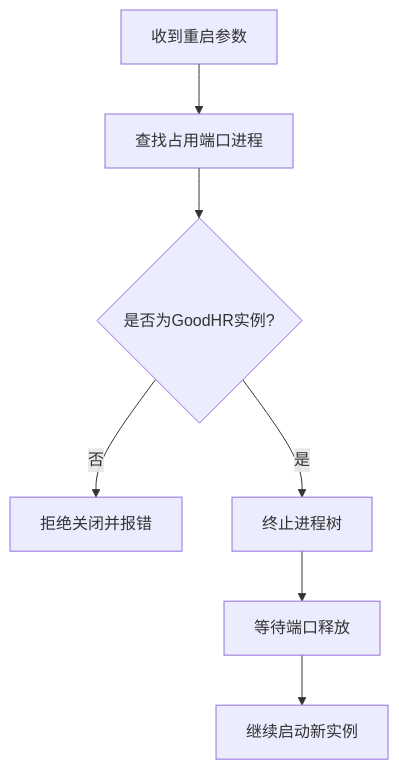
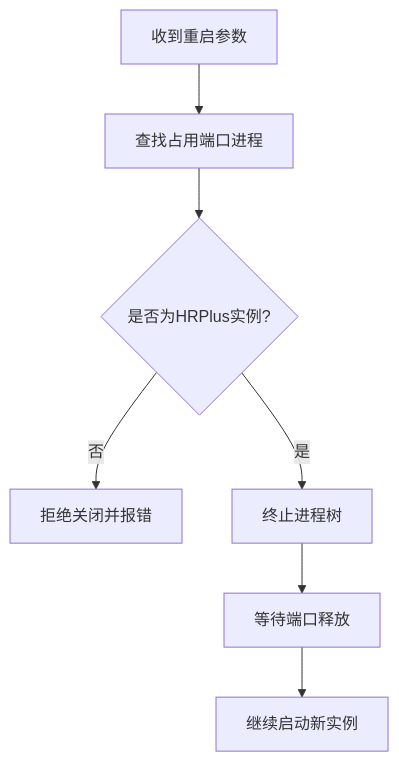
One commit to alvinwangzi/goodhr changed the fifth of 7 diagrams in .qoder/repowiki/zh/content/本地执行器/核心架构/核心架构.md. Above: the diagram before and after it, drawn with Mermaid. The commit also changed other lines of this file and 83 other files, not shown here.

````diff
--- a/.qoder/repowiki/zh/content/本地执行器/核心架构/核心架构.md
+++ b/.qoder/repowiki/zh/content/本地执行器/核心架构/核心架构.md
@@ -201,9 +201,9 @@
 ```mermaid
 flowchart TD
 A["收到重启参数"] --> B["查找占用端口进程"]
-B --> C{"是否为GoodHR实例?"}
+B --> C{"是否为HRPlus实例?"}
 C --> |否| E["拒绝关闭并报错"]
 C --> |是| D["终止进程树"]
 D --> F["等待端口释放"]
 F --> G["继续启动新实例"]
 ```
````
